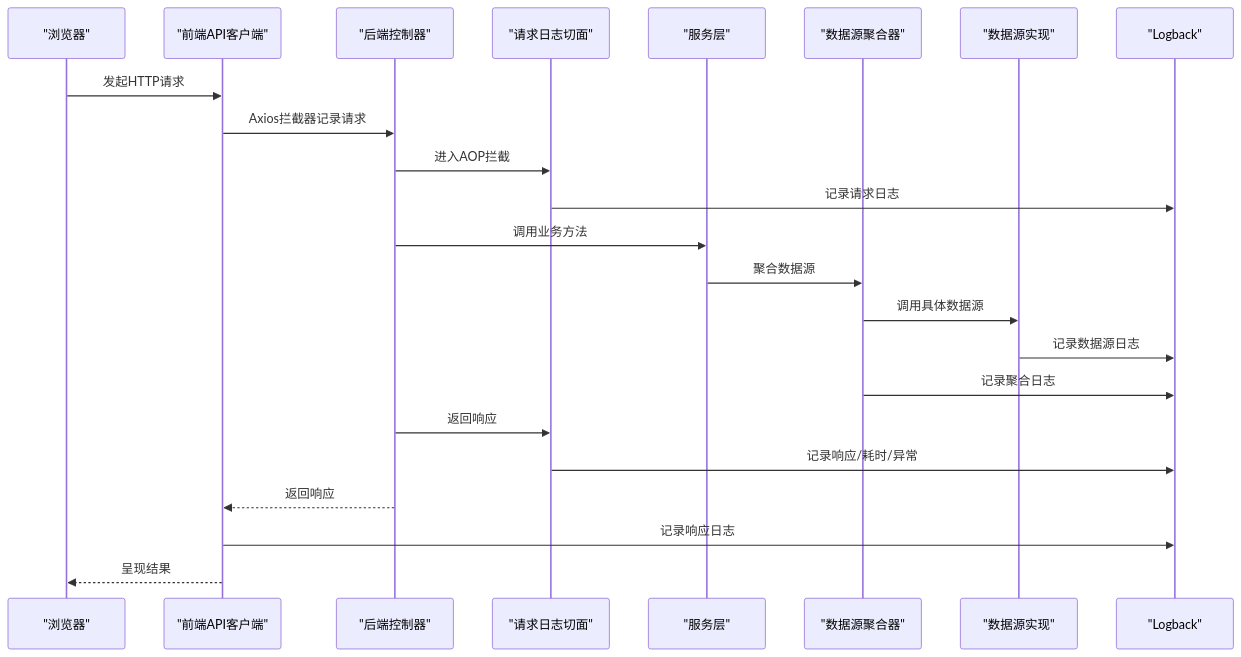
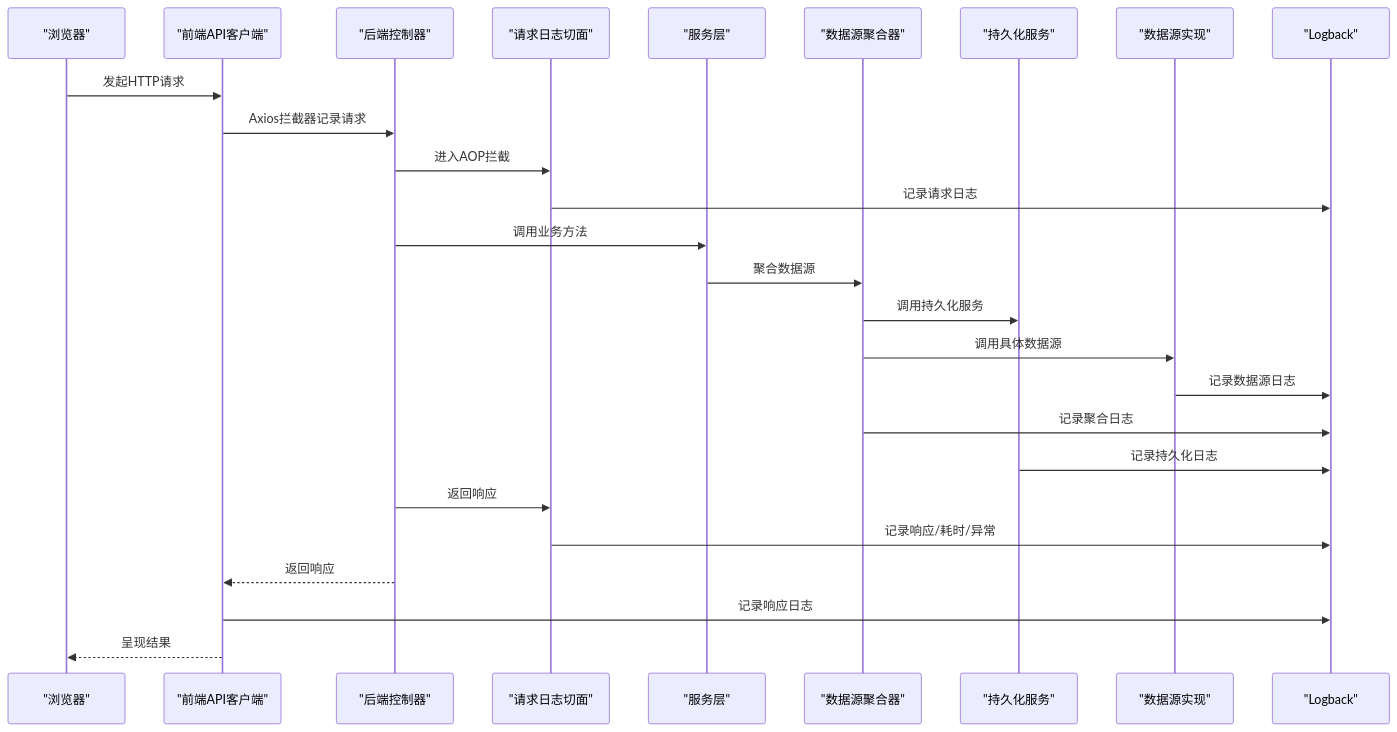
Before and after one commit to gree-coder/fund-butler: the second of 11 diagrams in .qoder/repowiki/zh/content/核心功能开发/日志系统实现.md, drawn with Mermaid. The commit also changed other lines of this file and 7 other files, not shown here.

````diff
--- a/.qoder/repowiki/zh/content/核心功能开发/日志系统实现.md
+++ b/.qoder/repowiki/zh/content/核心功能开发/日志系统实现.md
@@ -98,25 +114,28 @@
 ```mermaid
 sequenceDiagram
 participant Browser as "浏览器"
 participant FE as "前端API客户端"
 participant Ctrl as "后端控制器"
 participant AOP as "请求日志切面"
 participant Svc as "服务层"
 participant Agg as "数据源聚合器"
+participant Persist as "持久化服务"
 participant Src as "数据源实现"
 participant LB as "Logback"
 Browser->>FE : 发起HTTP请求
 FE->>Ctrl : Axios拦截器记录请求
 Ctrl->>AOP : 进入AOP拦截
 AOP->>LB : 记录请求日志
 Ctrl->>Svc : 调用业务方法
 Svc->>Agg : 聚合数据源
+Agg->>Persist : 调用持久化服务
 Agg->>Src : 调用具体数据源
 Src->>LB : 记录数据源日志
 Agg->>LB : 记录聚合日志
+Persist->>LB : 记录持久化日志
 Ctrl->>AOP : 返回响应
 AOP->>LB : 记录响应/耗时/异常
 Ctrl-->>FE : 返回响应
 FE->>LB : 记录响应日志
 FE-->>Browser : 呈现结果
 ```
````
